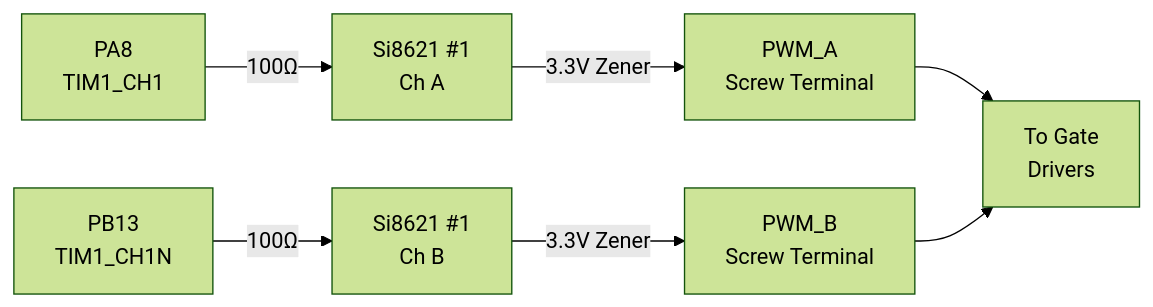
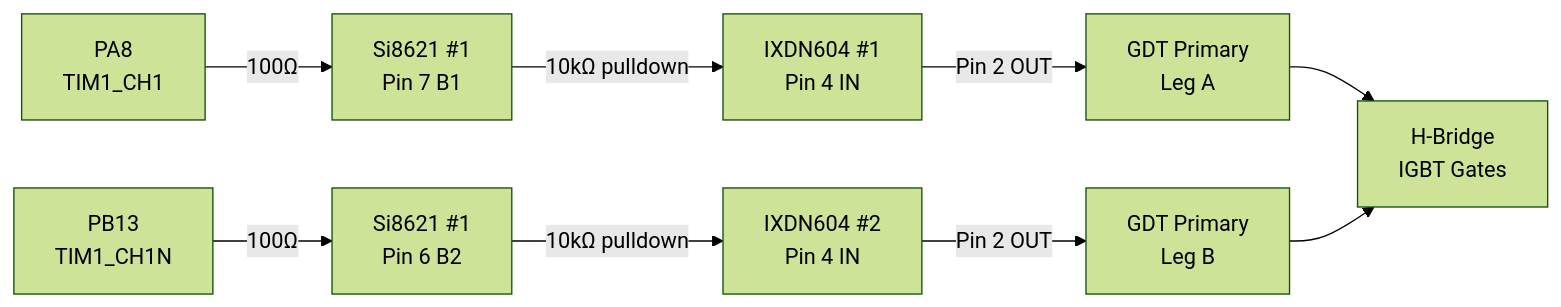
The first of 6 diagrams in docs/SHIELD_LAYOUT.md (metanurb21/Nucleo-induction-heater), drawn with Mermaid (forest theme) before and after one commit. The commit also changed other lines of this file and 2 other files, not shown here.

Commit message:
Add IXDN604 gate driver section to shield - single combined PCB with 5V/15V rails

````diff
--- a/docs/SHIELD_LAYOUT.md
+++ b/docs/SHIELD_LAYOUT.md
@@ -5,9 +5,11 @@
 ```mermaid
 graph LR
-    PA8["PA8<br/>TIM1_CH1"] -->|"100Ω"| ISO1A["Si8621 #1<br/>Ch A"]
-    PB13["PB13<br/>TIM1_CH1N"] -->|"100Ω"| ISO1B["Si8621 #1<br/>Ch B"]
-    ISO1A -->|"3.3V Zener"| T1["PWM_A<br/>Screw Terminal"]
-    ISO1B -->|"3.3V Zener"| T2["PWM_B<br/>Screw Terminal"]
-    T1 --> GD["To Gate<br/>Drivers"]
-    T2 --> GD
+    PA8["PA8<br/>TIM1_CH1"] -->|"100Ω"| ISO1A["Si8621 #1<br/>Pin 2 A1"]
+    PB13["PB13<br/>TIM1_CH1N"] -->|"100Ω"| ISO1B["Si8621 #1<br/>Pin 3 A2"]
+    ISO1A["Si8621 #1<br/>Pin 7 B1"] -->|"10kΩ pulldown"| IXDN1["IXDN604 #1<br/>Pin 4 IN"]
+    ISO1B["Si8621 #1<br/>Pin 6 B2"] -->|"10kΩ pulldown"| IXDN2["IXDN604 #2<br/>Pin 4 IN"]
+    IXDN1 -->|"Pin 2 OUT"| GDT1["GDT Primary<br/>Leg A"]
+    IXDN2 -->|"Pin 2 OUT"| GDT2["GDT Primary<br/>Leg B"]
+    GDT1 --> IGBT["H-Bridge<br/>IGBT Gates"]
+    GDT2 --> IGBT
 ```
````
